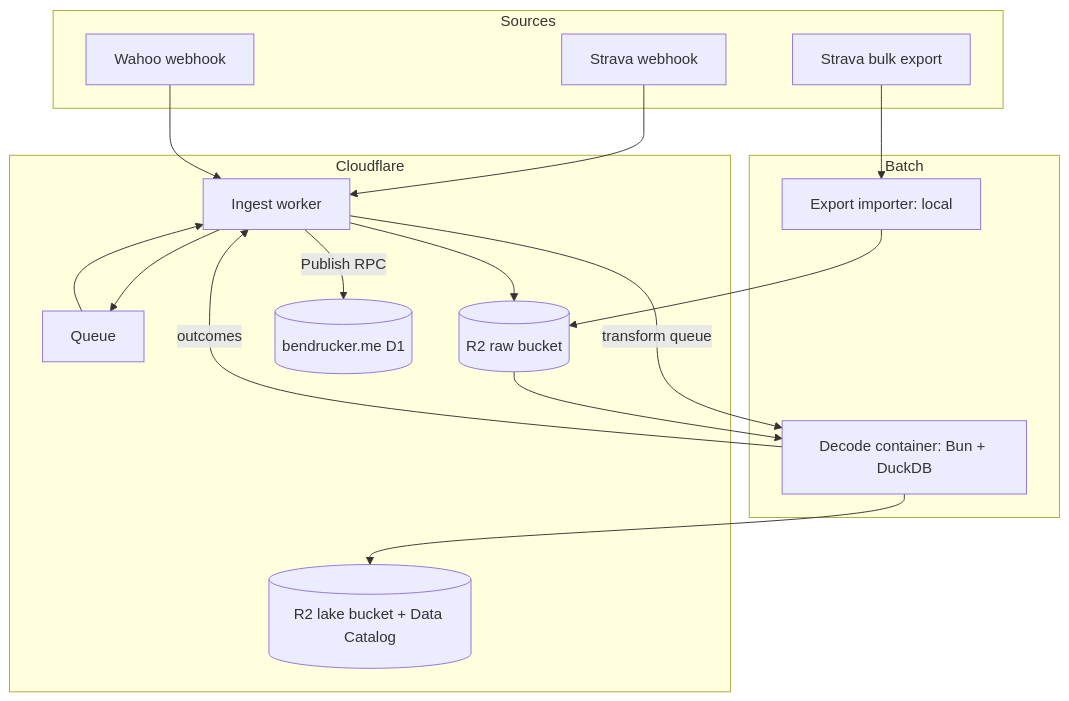
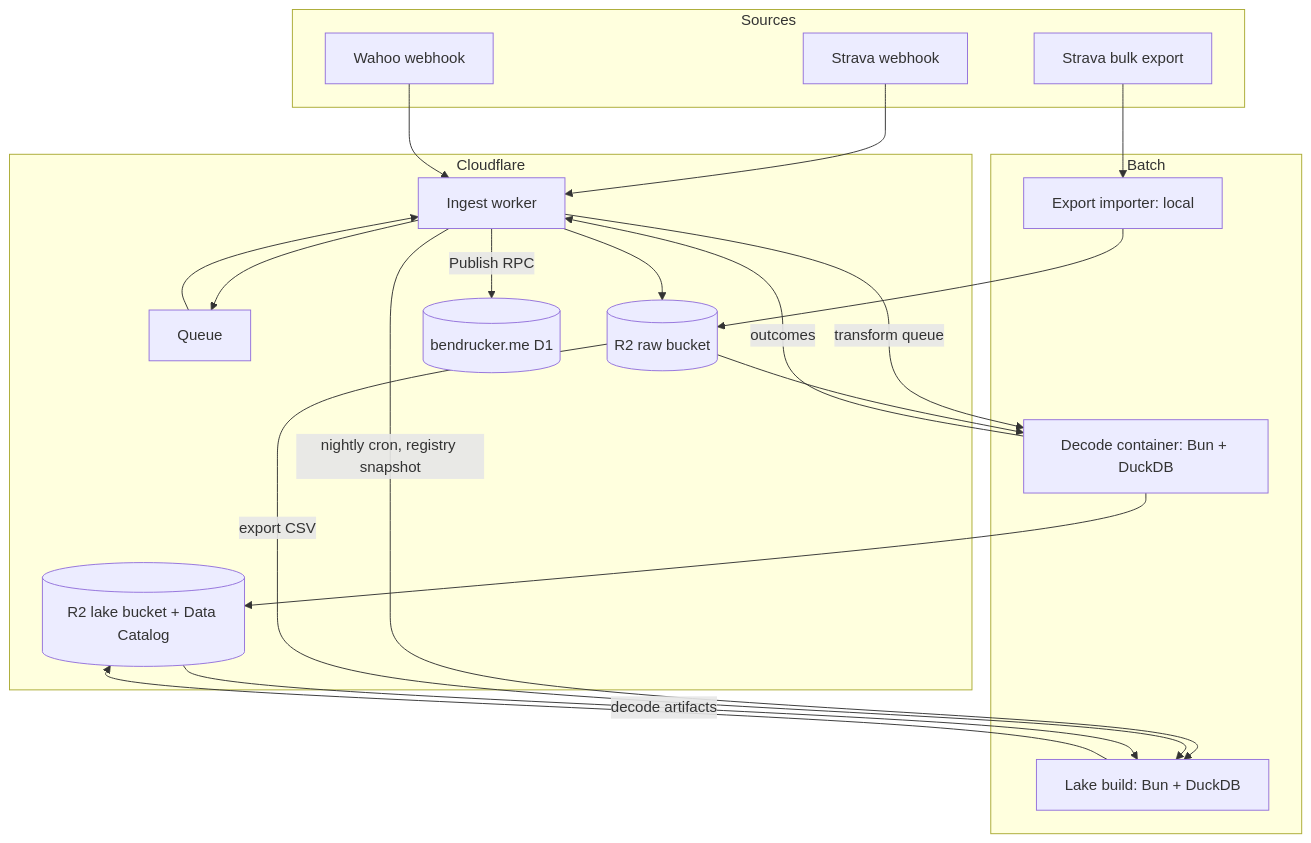
The diagram in docs/design.md (bendrucker/activity-hub), drawn with Mermaid before and after one commit. The commit also changed other lines of this file and 20 other files, not shown here.

````diff
--- a/docs/design.md
+++ b/docs/design.md
@@ -22,28 +22,32 @@
 ```mermaid
 flowchart TB
     subgraph sources [Sources]
         sw[Strava webhook]
         ww[Wahoo webhook]
         se[Strava bulk export]
     end
     subgraph cf [Cloudflare]
         ingest[Ingest worker]
         q[Queue]
         raw[(R2 raw bucket)]
         lake[(R2 lake bucket + Data Catalog)]
         d1[(bendrucker.me D1)]
     end
     subgraph batch [Batch]
         decode[Decode container: Bun + DuckDB]
+        build[Lake build: Bun + DuckDB]
         importer[Export importer: local]
     end
     sw --> ingest
     ww --> ingest
     ingest --> q --> ingest
     ingest --> raw
     ingest -- Publish RPC --> d1
     se --> importer --> raw
     ingest -- transform queue --> decode
     raw --> decode --> lake
     decode -- outcomes --> ingest
+    ingest -- nightly cron, registry snapshot --> build
+    raw -- export CSV --> build
+    lake -- decode artifacts --> build --> lake
 ```
````
